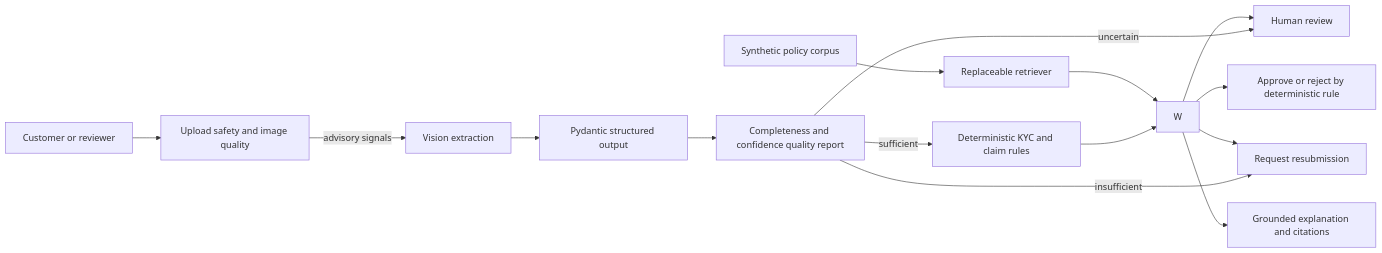
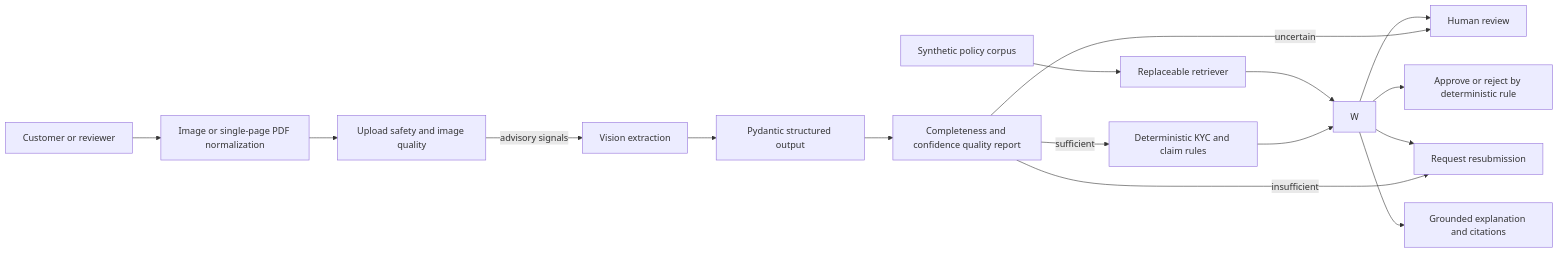
Before and after one commit to pholpaphankorn/fin-guardrail-api: the diagram in README.md, drawn with Mermaid. The commit also changed other lines of this file and 13 other files, not shown here.

Commit message:
feat: add single page pdf support

````diff
--- a/README.md
+++ b/README.md
@@ -11,17 +11,18 @@
 ```mermaid
 flowchart LR
-    U[Customer or reviewer] --> I[Upload safety and image quality]
+    U[Customer or reviewer] --> N[Image or single-page PDF normalization]
+    N --> I[Upload safety and image quality]
     I -->|advisory signals| V[Vision extraction]
     V --> S[Pydantic structured output]
     S --> Q[Completeness and confidence quality report]
     Q -->|sufficient| D[Deterministic KYC and claim rules]
     Q -->|uncertain| H[Human review]
     Q -->|insufficient| X[Request resubmission]
     D --> W
     P[Synthetic policy corpus] --> R[Replaceable retriever]
     R --> W
     W --> A[Approve or reject by deterministic rule]
     W --> H[Human review]
     W --> X[Request resubmission]
     W --> E[Grounded explanation and citations]
 ```
````
